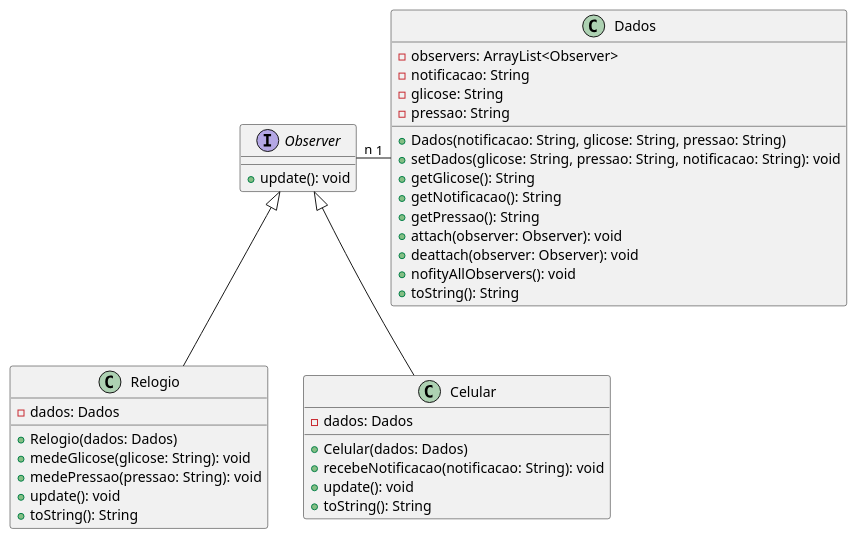
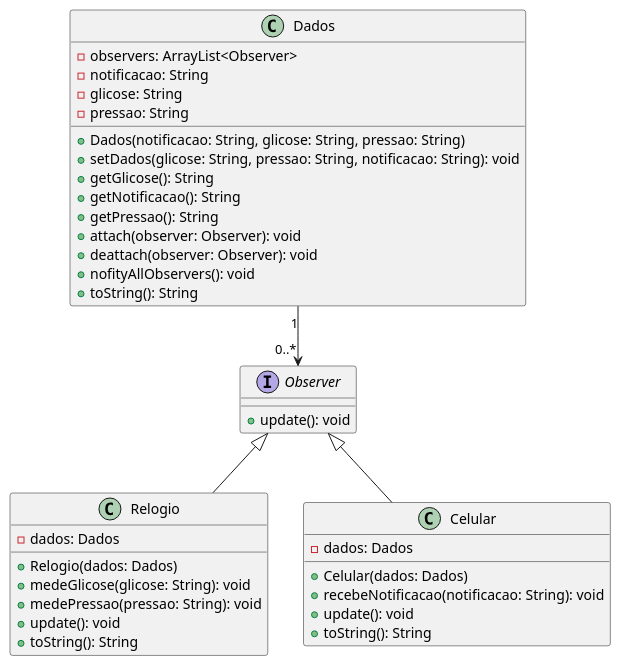
The diagram in desc/DiagramaDeClasses.iuml (queirozPedro/ObserverPattern), drawn with PlantUML before and after one commit.

Commit message:
Correções do diagrama

```diff
--- a/desc/DiagramaDeClasses.iuml
+++ b/desc/DiagramaDeClasses.iuml
@@ -1,45 +1,45 @@
 @startuml DiagramaDeClasses
 
 interface Observer {
     + update(): void
 }
 
 class Relogio {
     - dados: Dados
     + Relogio(dados: Dados)
     + medeGlicose(glicose: String): void
     + medePressao(pressao: String): void
     + update(): void
     + toString(): String
 }
 
 class Celular {
     - dados: Dados
     + Celular(dados: Dados)
     + recebeNotificacao(notificacao: String): void
     + update(): void
     + toString(): String
 }
 
 class Dados {
     - observers: ArrayList<Observer>
     - notificacao: String
     - glicose: String
     - pressao: String
     + Dados(notificacao: String, glicose: String, pressao: String)
     + setDados(glicose: String, pressao: String, notificacao: String): void
     + getGlicose(): String
     + getNotificacao(): String
     + getPressao(): String
     + attach(observer: Observer): void
     + deattach(observer: Observer): void
     + nofityAllObservers(): void
     + toString(): String
 }
 
 Relogio -up-|> Observer
 Celular -up-|> Observer
-Dados "1" -left- "n" Observer
+Dados "1" --> "0..*" Observer
 
 
 @enduml
```
